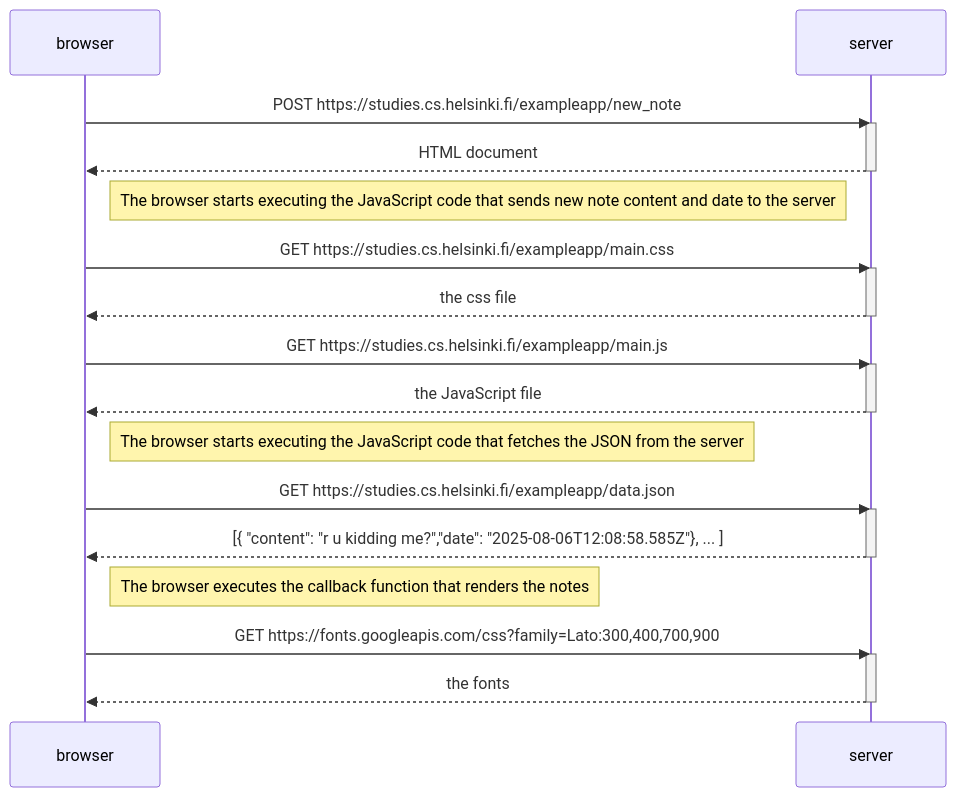
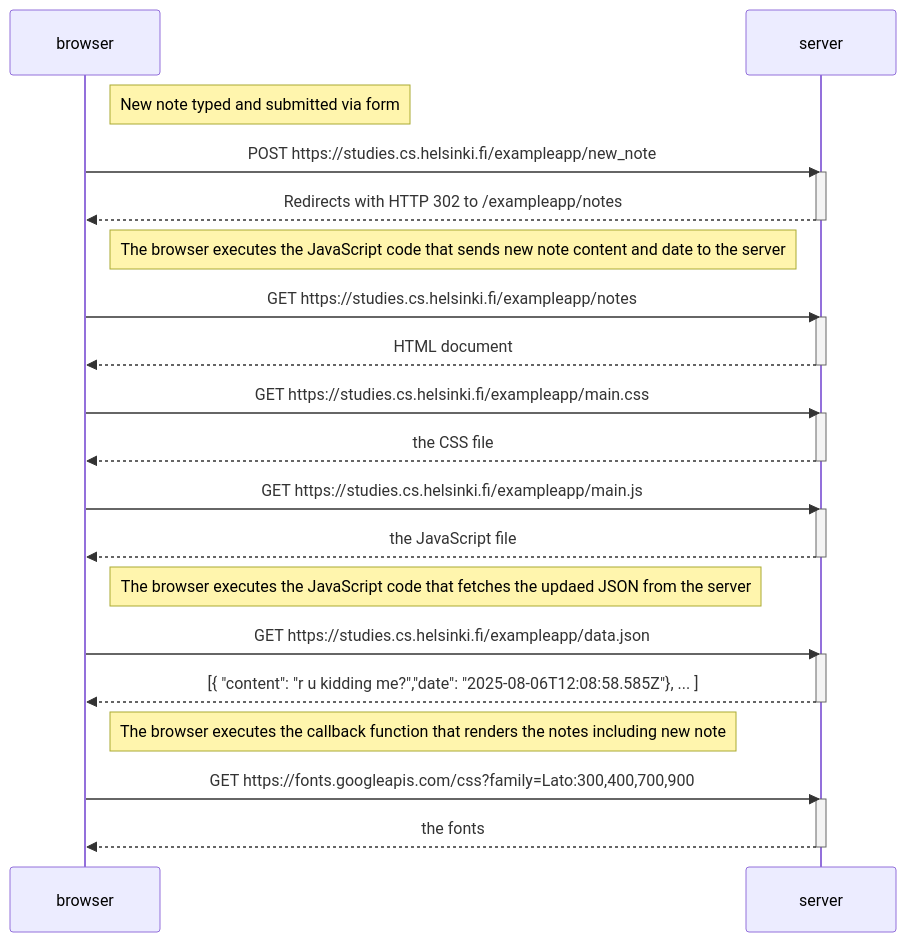
The diagram in part0/exercise0.4.mermaid (robin-raq/submission-repo), drawn with Mermaid before and after one commit.

Commit message:
add to 0.4 the redirect that happens during the POST request

```diff
--- a/part0/exercise0.4.mermaid
+++ b/part0/exercise0.4.mermaid
@@ -1,34 +1,40 @@
 sequenceDiagram
     participant browser
     participant server
 
+    Note right of browser: New note typed and submitted via form
+
     browser->>server: POST https://studies.cs.helsinki.fi/exampleapp/new_note
+    activate server
+    server-->>browser: Redirects with HTTP 302 to /exampleapp/notes
+    deactivate server
+    Note right of browser: The browser executes the JavaScript code that sends new note content and date to the server
+
+    browser->>server: GET https://studies.cs.helsinki.fi/exampleapp/notes
     activate server
     server-->>browser: HTML document
     deactivate server
-    Note right of browser: The browser starts executing the JavaScript code that sends new note content and date to the server
-
 
     browser->>server: GET https://studies.cs.helsinki.fi/exampleapp/main.css
     activate server
-    server-->>browser: the css file
+    server-->>browser: the CSS file
     deactivate server
 
     browser->>server: GET https://studies.cs.helsinki.fi/exampleapp/main.js
     activate server
     server-->>browser: the JavaScript file
     deactivate server
 
-    Note right of browser: The browser starts executing the JavaScript code that fetches the JSON from the server
+    Note right of browser: The browser executes the JavaScript code that fetches the updaed JSON from the server
 
     browser->>server: GET https://studies.cs.helsinki.fi/exampleapp/data.json
     activate server
     server-->>browser: [{  "content": "r u kidding me?","date": "2025-08-06T12:08:58.585Z"}, ... ]
     deactivate server
 
-    Note right of browser: The browser executes the callback function that renders the notes
+    Note right of browser: The browser executes the callback function that renders the notes including new note
 
     browser->>server: GET https://fonts.googleapis.com/css?family=Lato:300,400,700,900
     activate server
     server-->>browser: the fonts
     deactivate server
```
